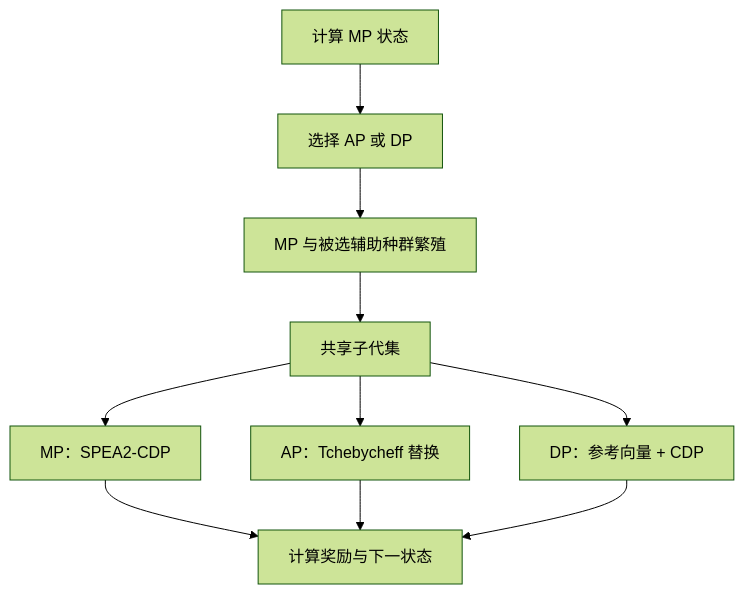
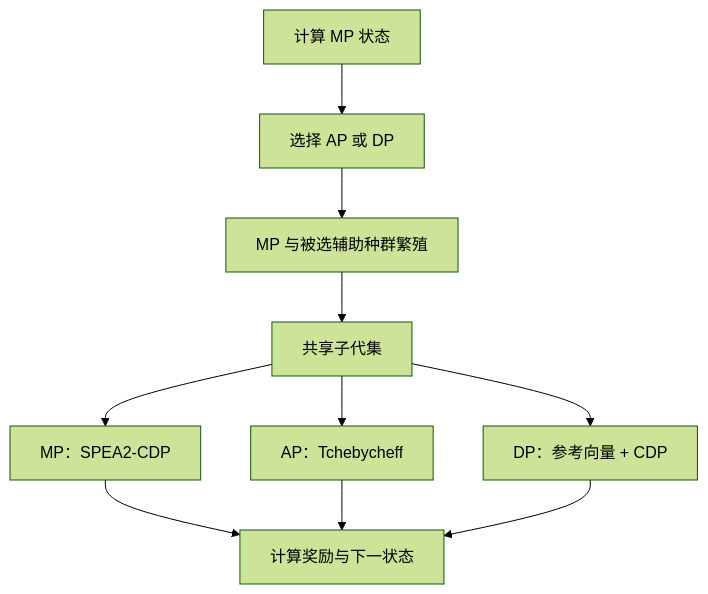
The diagram in README.md (Jie-10/CMODRLES), drawn with Mermaid (forest theme) before and after one commit.

````diff
--- a/README.md
+++ b/README.md
@@ -20,12 +20,12 @@
 ```mermaid
 flowchart TD
     S["计算 MP 状态"] --> A["选择 AP 或 DP"]
     A --> O["MP 与被选辅助种群繁殖"]
     O --> H["共享子代集"]
     H --> M["MP：SPEA2-CDP"]
-    H --> P["AP：Tchebycheff 替换"]
+    H --> P["AP：Tchebycheff"]
     H --> D["DP：参考向量 + CDP"]
     M --> R["计算奖励与下一状态"]
     P --> R
     D --> R
 ```
````
